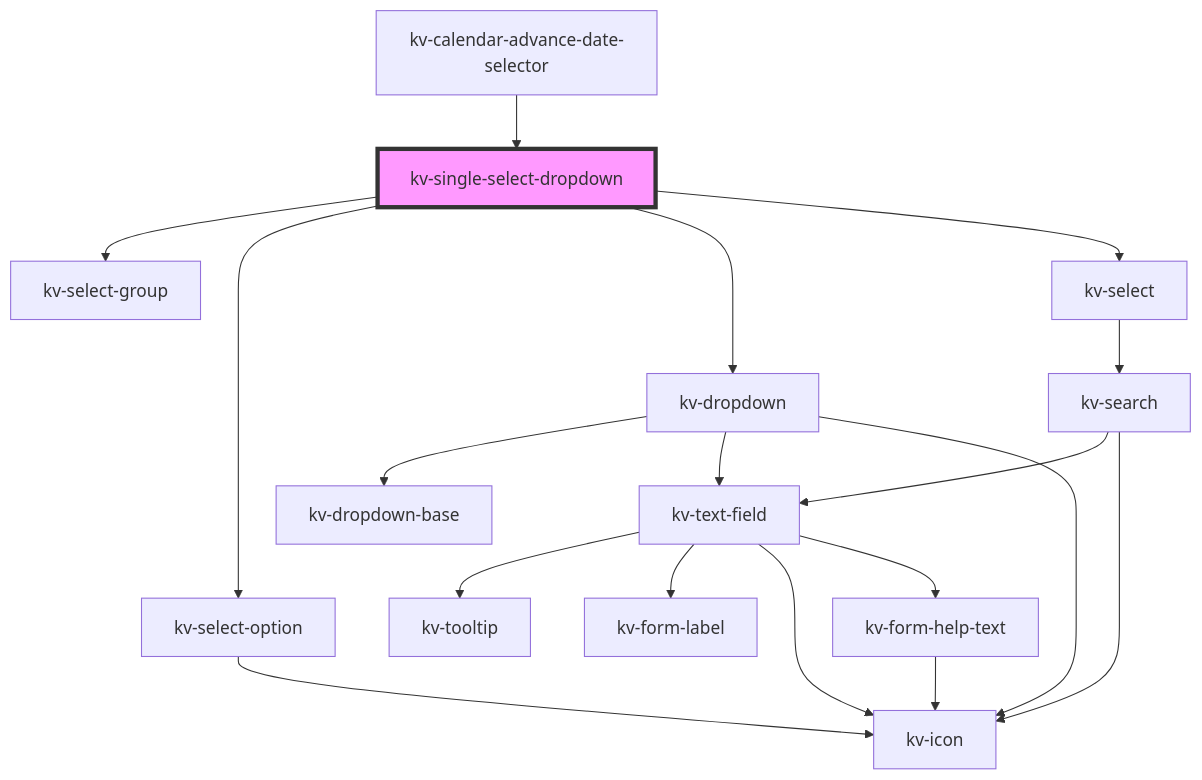
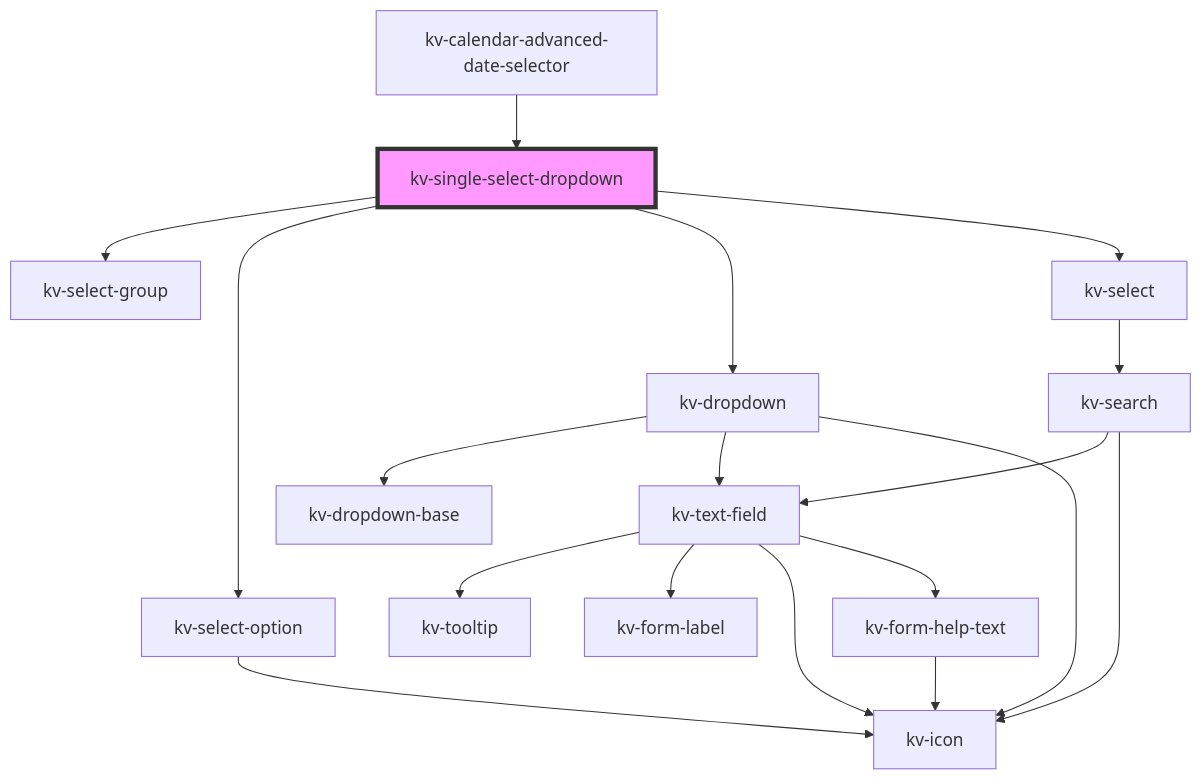
Before and after one commit to kelvininc/ui-components: the diagram in packages/ui-components/src/components/single-select-dropdown/readme.md, drawn with Mermaid. The commit also changed other lines of this file and 74 other files, not shown here.

````diff
--- a/packages/ui-components/src/components/single-select-dropdown/readme.md
+++ b/packages/ui-components/src/components/single-select-dropdown/readme.md
@@ -101,21 +99,21 @@
 ```mermaid
 graph TD;
   kv-single-select-dropdown --> kv-select-group
   kv-single-select-dropdown --> kv-select-option
   kv-single-select-dropdown --> kv-dropdown
   kv-single-select-dropdown --> kv-select
   kv-select-option --> kv-icon
   kv-dropdown --> kv-dropdown-base
   kv-dropdown --> kv-text-field
   kv-dropdown --> kv-icon
   kv-text-field --> kv-tooltip
   kv-text-field --> kv-form-label
   kv-text-field --> kv-icon
   kv-text-field --> kv-form-help-text
   kv-form-help-text --> kv-icon
   kv-select --> kv-search
   kv-search --> kv-text-field
   kv-search --> kv-icon
-  kv-calendar-advance-date-selector --> kv-single-select-dropdown
+  kv-calendar-advanced-date-selector --> kv-single-select-dropdown
   style kv-single-select-dropdown fill:#f9f,stroke:#333,stroke-width:4px
 ```
````
